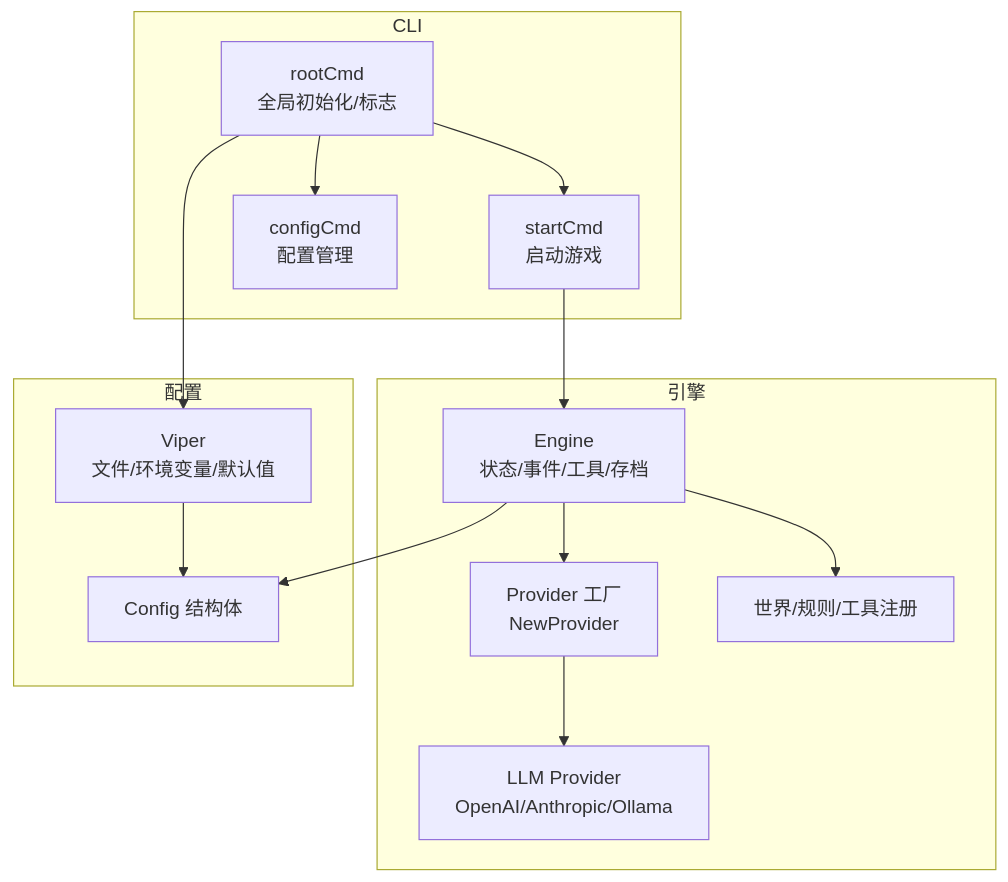
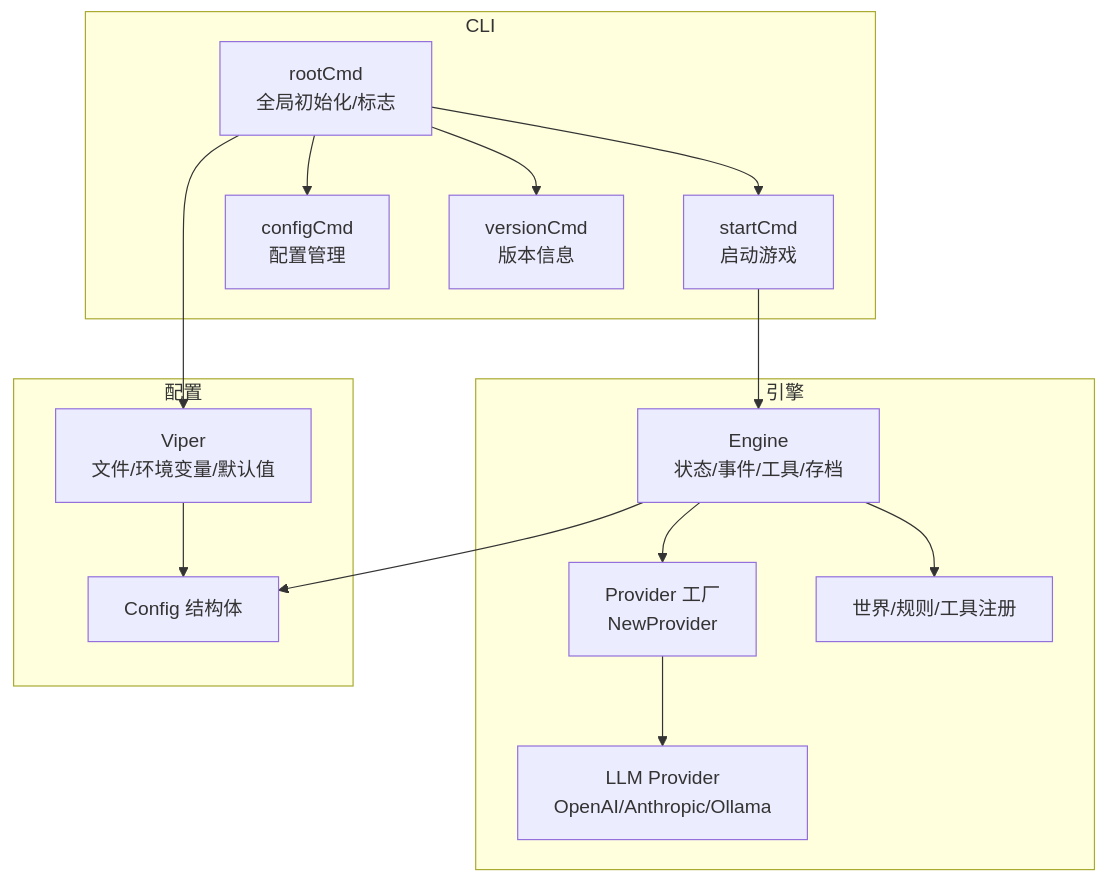
One commit to zwh8800/cdnd changed the second of 7 diagrams in .qoder/repowiki/zh/content/部署与运维.md. Above: the diagram before and after it, drawn with Mermaid. The commit also changed other lines of this file and 11 other files, not shown here.

````diff
--- a/.qoder/repowiki/zh/content/部署与运维.md
+++ b/.qoder/repowiki/zh/content/部署与运维.md
@@ -98,22 +116,23 @@
 ```mermaid
 graph TB
 subgraph "CLI"
 R["rootCmd<br/>全局初始化/标志"] --> S["startCmd<br/>启动游戏"]
 R --> T["configCmd<br/>配置管理"]
+R --> K["versionCmd<br/>版本信息"]
 end
 subgraph "引擎"
 E["Engine<br/>状态/事件/工具/存档"]
 P["Provider 工厂<br/>NewProvider"]
 L["LLM Provider<br/>OpenAI/Anthropic/Ollama"]
 W["世界/规则/工具注册"]
 end
 subgraph "配置"
 V["Viper<br/>文件/环境变量/默认值"]
 C["Config 结构体"]
 end
 S --> E
 E --> P --> L
 E --> W
 R --> V --> C
 E --> C
 ```
````
